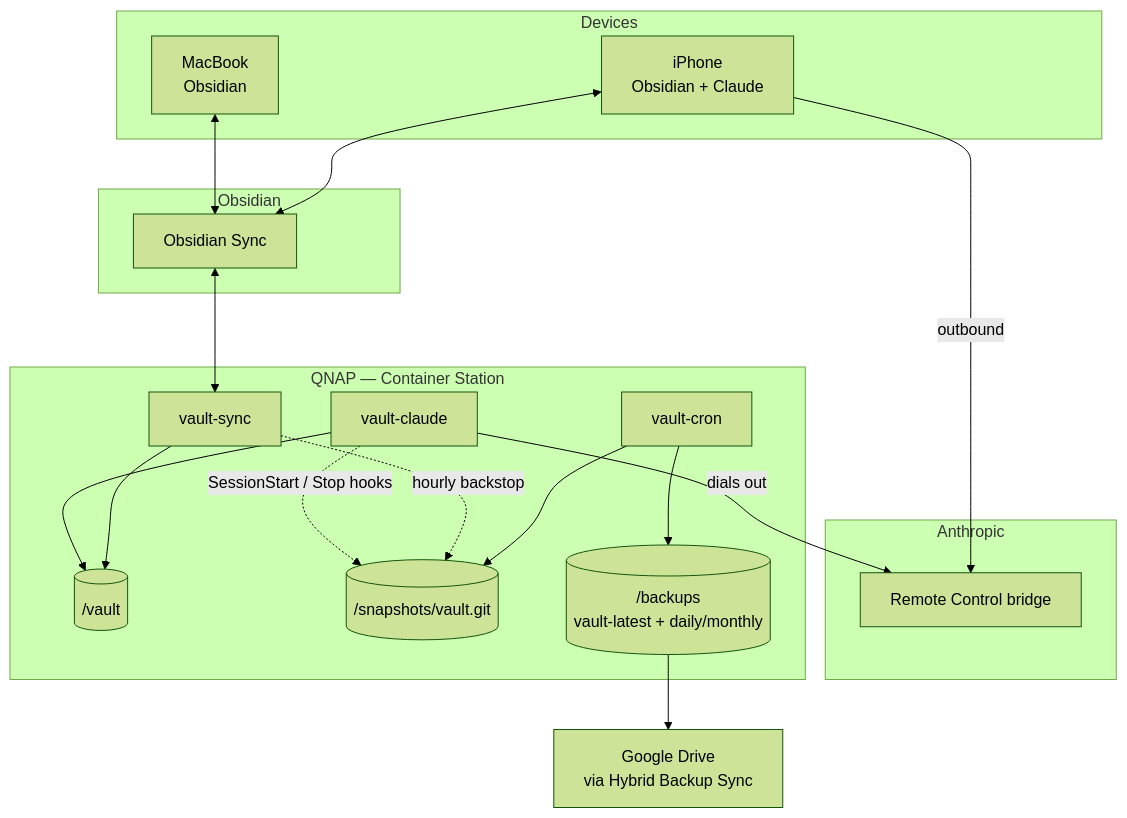
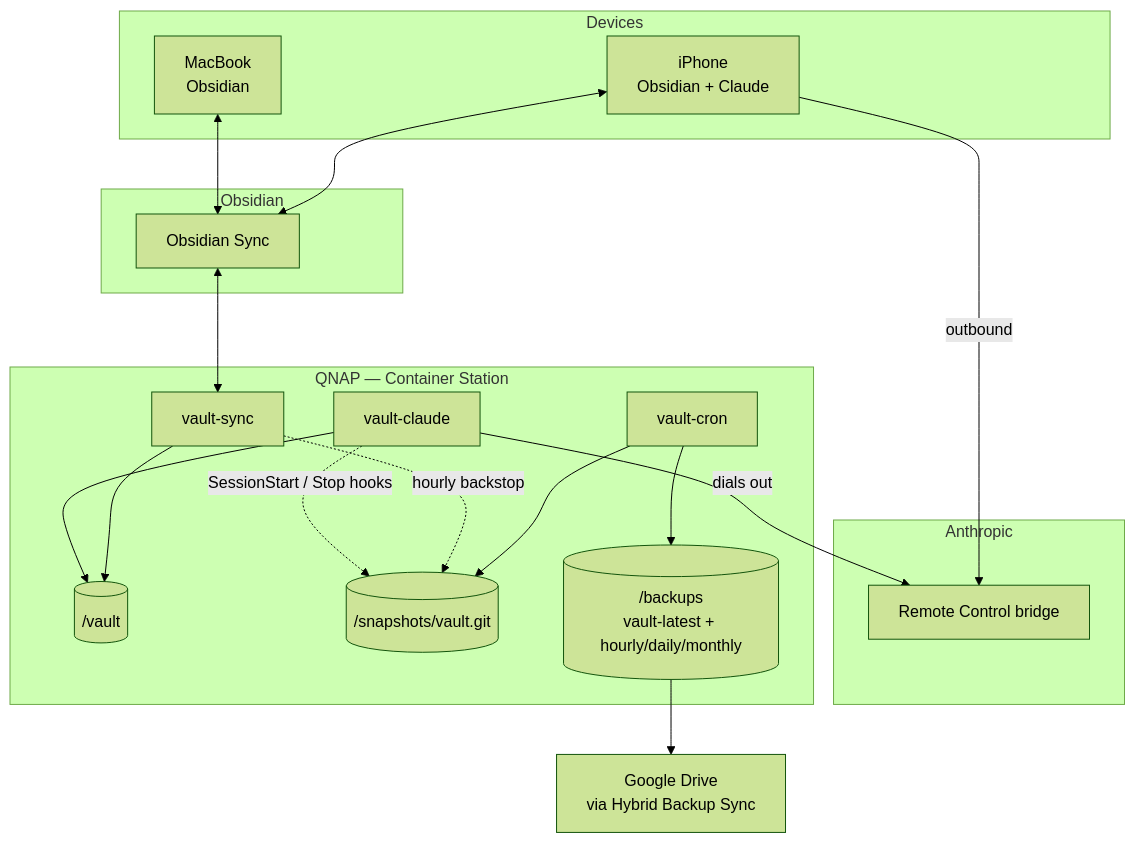
Before and after one commit to ky1ejs/homelab: the first of 4 diagrams in obsidian-vault/ARCHITECTURE.md, drawn with Mermaid (forest theme). The commit also changed other lines of this file and 5 other files, not shown here.

````diff
--- a/obsidian-vault/ARCHITECTURE.md
+++ b/obsidian-vault/ARCHITECTURE.md
@@ -25,39 +25,39 @@
 ```mermaid
 flowchart TB
     subgraph clients["Devices"]
         mac["MacBook<br/>Obsidian"]
         iphone["iPhone<br/>Obsidian + Claude"]
     end
 
     subgraph anth["Anthropic"]
         bridge["Remote Control bridge"]
     end
 
     subgraph obsc["Obsidian"]
         syncsvc["Obsidian Sync"]
     end
 
     subgraph nas["QNAP — Container Station"]
         agent["vault-claude"]
         sync["vault-sync"]
         cron["vault-cron"]
         vault[("/vault")]
         snap[("/snapshots/vault.git")]
-        bundles[("/backups<br/>vault-latest + daily/monthly")]
+        bundles[("/backups<br/>vault-latest + hourly/daily/monthly")]
     end
 
     gdrive["Google Drive<br/>via Hybrid Backup Sync"]
 
     iphone -->|outbound| bridge
     agent -->|dials out| bridge
     mac <--> syncsvc
     iphone <--> syncsvc
     syncsvc <--> sync
     agent --> vault
     sync --> vault
     agent -.->|SessionStart / Stop hooks| snap
     sync -.->|hourly backstop| snap
     cron --> snap
     cron --> bundles
     bundles --> gdrive
 ```
````
